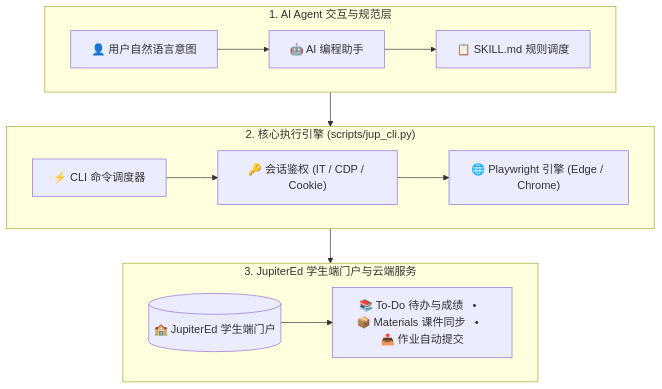
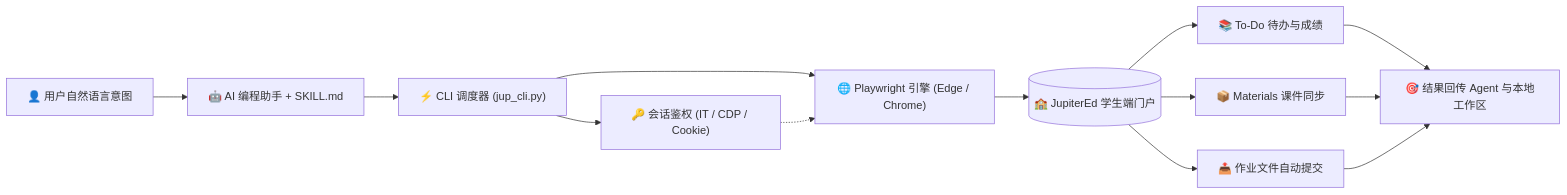
One commit to NMDX0721/jupitered-skills changed the diagram in README_zh.md. Above: the diagram before and after it, drawn with Mermaid. The commit also changed 1 other file, not shown here.

Commit message:
docs: restore clean flat modern pipeline with converging end-node to eliminate button overlap

````diff
--- a/README_zh.md
+++ b/README_zh.md
@@ -58,19 +58,17 @@
 ```mermaid
-flowchart TD
-    subgraph L1 ["1. AI Agent 交互与规范层"]
-        direction LR
-        User["👤 用户自然语言意图"] --> Agent["🤖 AI 编程助手"] --> Skill["📋 SKILL.md 规则调度"]
-    end
+flowchart LR
+    User["👤 用户自然语言意图"] --> Agent["🤖 AI 编程助手 + SKILL.md"]
+    Agent --> CLI["⚡ CLI 调度器 (jup_cli.py)"]
+    CLI --> Auth["🔑 会话鉴权 (IT / CDP / Cookie)"]
+    CLI --> Browser["🌐 Playwright 引擎 (Edge / Chrome)"]
+    Auth -.-> Browser
+    Browser --> Portal[("🏫 JupiterEd 学生端门户")]
     
-    subgraph L2 ["2. 核心执行引擎 (scripts/jup_cli.py)"]
-        direction LR
-        CLI["⚡ CLI 命令调度器"] --> Auth["🔑 会话鉴权 (IT / CDP / Cookie)"] --> Browser["🌐 Playwright 引擎 (Edge / Chrome)"]
-    end
-
-    subgraph L3 ["3. JupiterEd 学生端门户与云端服务"]
-        direction LR
-        Portal[("🏫 JupiterEd 学生端门户")] --> Actions["📚 To-Do 待办与成绩   •   📦 Materials 课件同步   •   📤 作业自动提交"]
-    end
-
-    L1 --> L2 --> L3
+    Portal --> ToDo["📚 To-Do 待办与成绩"]
+    Portal --> Mat["📦 Materials 课件同步"]
+    Portal --> TurnIn["📤 作业文件自动提交"]
+    
+    ToDo --> Out["🎯 结果回传 Agent 与本地工作区"]
+    Mat --> Out
+    TurnIn --> Out
 ```
````
